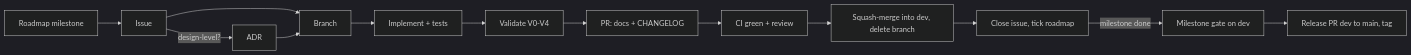
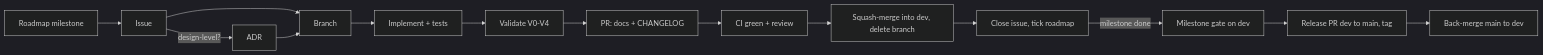
The diagram in docs/development/workflow.md (thanhndv212/long-tamp), drawn with Mermaid (dark theme) before and after one commit. The commit also changed other lines of this file and 1 other file, not shown here.

First line of the commit message:
docs(development): add the back-merge to the release steps

````diff
--- a/docs/development/workflow.md
+++ b/docs/development/workflow.md
@@ -8,15 +8,16 @@
 ```mermaid
 flowchart LR
   A[Roadmap milestone] --> B[Issue]
   B -->|design-level?| C[ADR]
   B --> D[Branch]
   C --> D
   D --> E[Implement + tests]
   E --> F[Validate V0-V4]
   F --> G[PR: docs + CHANGELOG]
   G --> H[CI green + review]
   H --> I[Squash-merge into dev, delete branch]
   I --> J[Close issue, tick roadmap]
   J -->|milestone done| K[Milestone gate on dev]
   K --> L[Release PR dev to main, tag]
+  L --> M[Back-merge main to dev]
 ```
````
